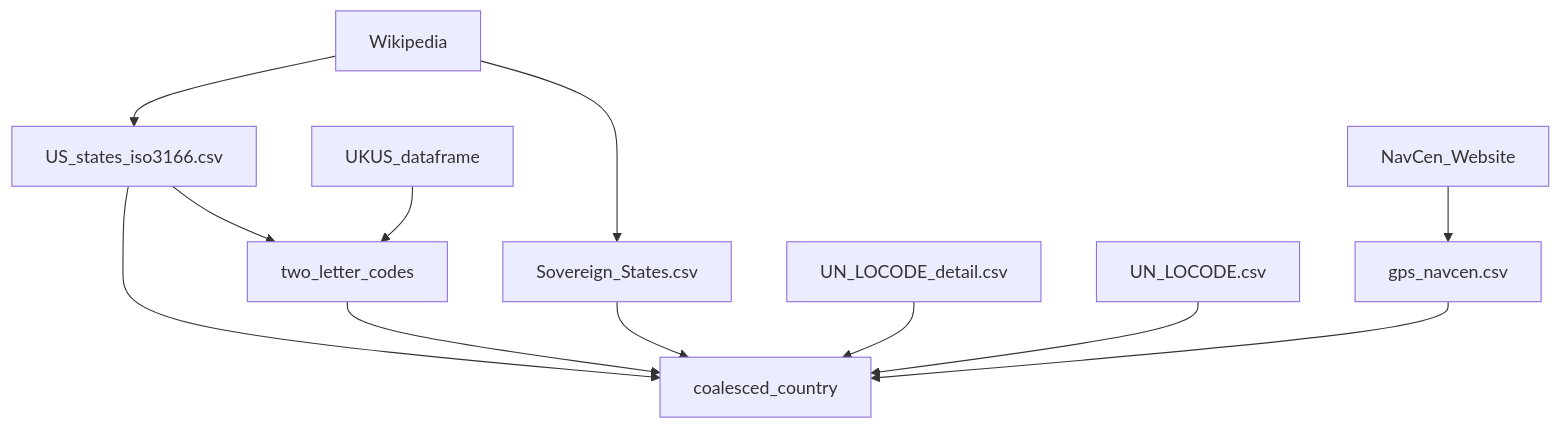
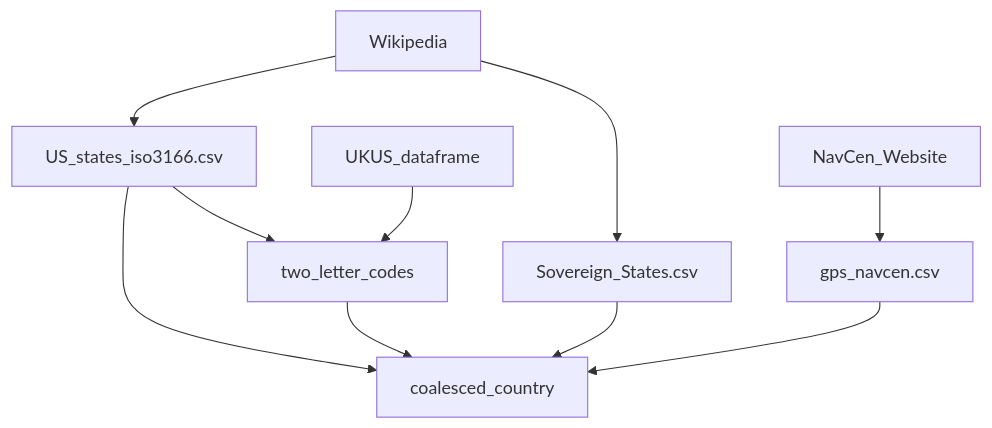
Before and after one commit to stelios-c/GPS_analysis: the diagram in README.md, drawn with Mermaid.

Commit message:
remove remaining UN locode references

````diff
--- a/README.md
+++ b/README.md
@@ -13,15 +13,13 @@
 ```mermaid
 graph TD;
     NavCen_Website-->gps_navcen.csv;
     Wikipedia--> US_states_iso3166.csv;
     Wikipedia--> Sovereign_States.csv;
     US_states_iso3166.csv--> two_letter_codes;
     UKUS_dataframe--> two_letter_codes;
     US_states_iso3166.csv-->coalesced_country;
     two_letter_codes-->coalesced_country;
     Sovereign_States.csv-->coalesced_country;
-    UN_LOCODE_detail.csv-->coalesced_country;
-    UN_LOCODE.csv-->coalesced_country;
     gps_navcen.csv-->coalesced_country;
     
  ```
````
